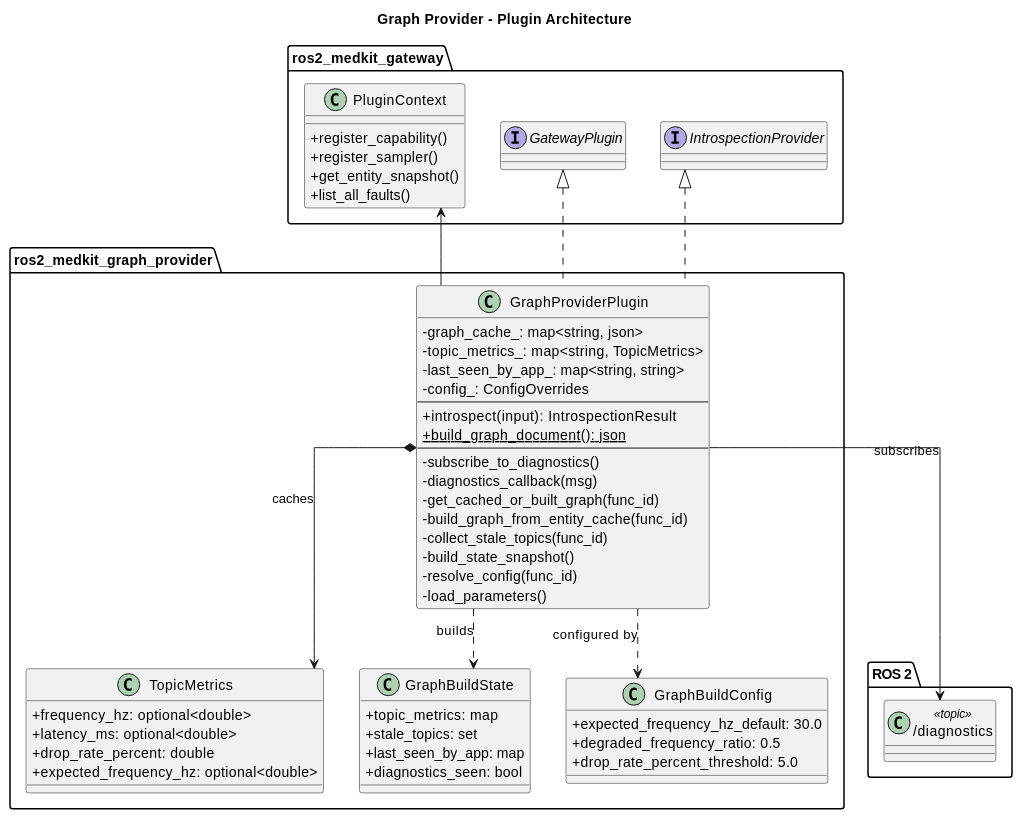
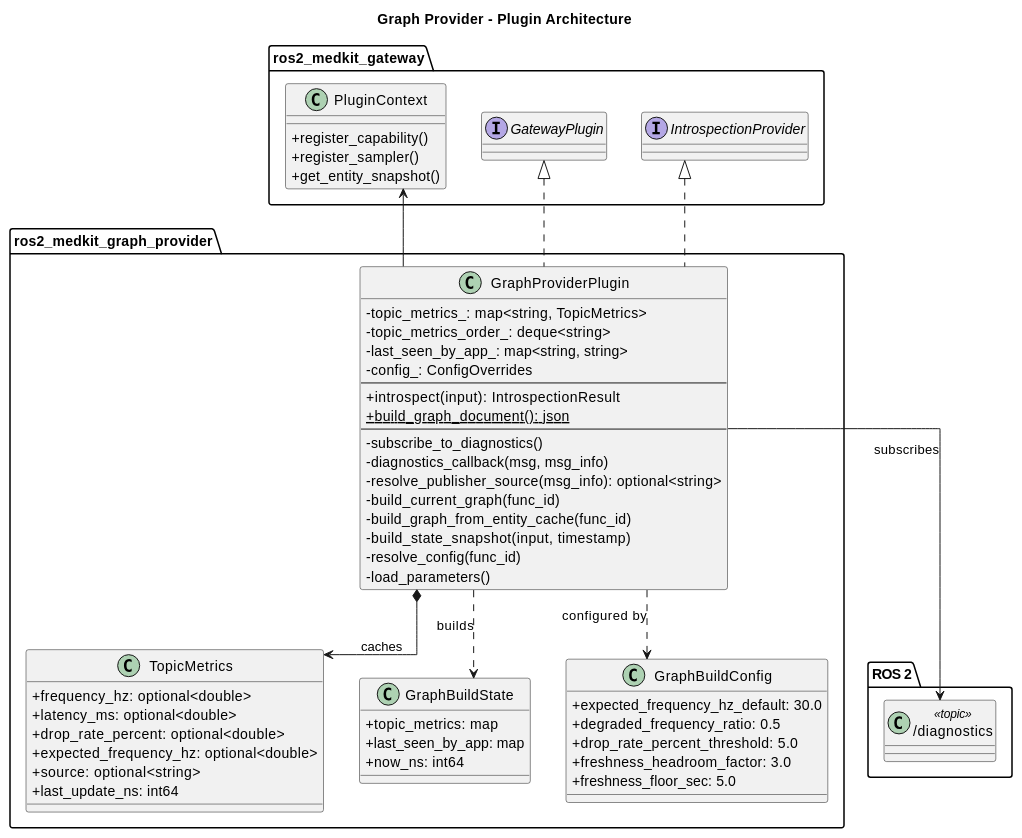
The diagram in src/ros2_medkit_plugins/ros2_medkit_graph_provider/design/index.rst (selfpatch/ros2_medkit), drawn with PlantUML before and after one commit. The commit also changed other lines of this file and 9 other files, not shown here.

First line of the commit message:
docs: document the graph provider plugin

```diff
--- a/src/ros2_medkit_plugins/ros2_medkit_graph_provider/design/index.rst
+++ b/src/ros2_medkit_plugins/ros2_medkit_graph_provider/design/index.rst
@@ -21,76 +21,78 @@
 .. plantuml::
    :caption: Graph Provider Plugin Architecture
 
    @startuml ros2_medkit_graph_provider_architecture
 
    skinparam linetype ortho
    skinparam classAttributeIconSize 0
 
    title Graph Provider - Plugin Architecture
 
    package "ros2_medkit_gateway" {
        interface GatewayPlugin
        interface IntrospectionProvider
        class PluginContext {
            +register_capability()
            +register_sampler()
            +get_entity_snapshot()
-           +list_all_faults()
        }
    }
 
    package "ROS 2" {
        class "/diagnostics" as diag_topic <<topic>>
    }
 
    package "ros2_medkit_graph_provider" {
 
        class GraphProviderPlugin {
-           - graph_cache_: map<string, json>
            - topic_metrics_: map<string, TopicMetrics>
+           - topic_metrics_order_: deque<string>
            - last_seen_by_app_: map<string, string>
            - config_: ConfigOverrides
            --
            + introspect(input): IntrospectionResult
            + {static} build_graph_document(): json
            --
            - subscribe_to_diagnostics()
-           - diagnostics_callback(msg)
-           - get_cached_or_built_graph(func_id)
+           - diagnostics_callback(msg, msg_info)
+           - resolve_publisher_source(msg_info): optional<string>
+           - build_current_graph(func_id)
            - build_graph_from_entity_cache(func_id)
-           - collect_stale_topics(func_id)
-           - build_state_snapshot()
+           - build_state_snapshot(input, timestamp)
            - resolve_config(func_id)
            - load_parameters()
        }
 
        class TopicMetrics {
            + frequency_hz: optional<double>
            + latency_ms: optional<double>
-           + drop_rate_percent: double
+           + drop_rate_percent: optional<double>
            + expected_frequency_hz: optional<double>
+           + source: optional<string>
+           + last_update_ns: int64
        }
 
        class GraphBuildState {
            + topic_metrics: map
-           + stale_topics: set
            + last_seen_by_app: map
-           + diagnostics_seen: bool
+           + now_ns: int64
        }
 
        class GraphBuildConfig {
            + expected_frequency_hz_default: 30.0
            + degraded_frequency_ratio: 0.5
            + drop_rate_percent_threshold: 5.0
+           + freshness_headroom_factor: 3.0
+           + freshness_floor_sec: 5.0
        }
    }
 
    GraphProviderPlugin .up.|> GatewayPlugin
    GraphProviderPlugin .up.|> IntrospectionProvider
    GraphProviderPlugin --> PluginContext
    GraphProviderPlugin --> diag_topic : subscribes
    GraphProviderPlugin *--> TopicMetrics : caches
    GraphProviderPlugin ..> GraphBuildState : builds
    GraphProviderPlugin ..> GraphBuildConfig : configured by
 
    @enduml
```
